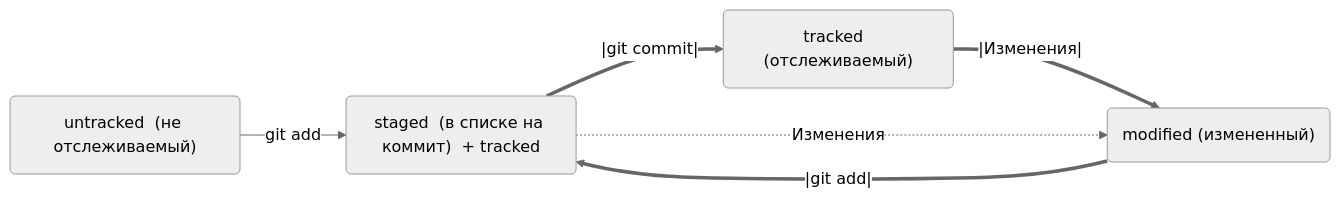
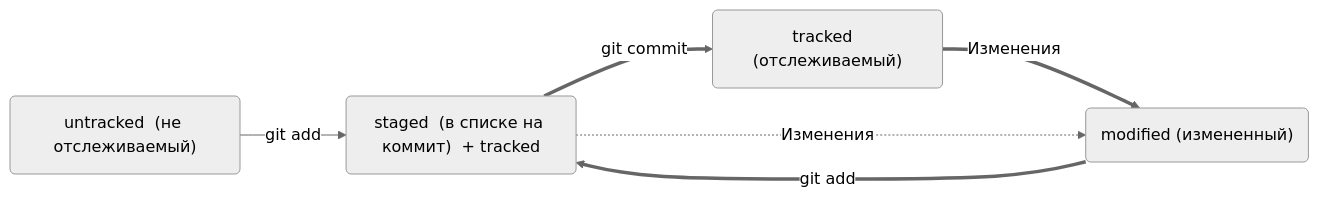
The diagram in README.md (CollonelDain/GitHint), drawn with Mermaid (neutral theme) before and after one commit. The commit also changed other lines of this file, not shown here.

````diff
--- a/README.md
+++ b/README.md
@@ -107,14 +109,14 @@
 ```mermaid
   flowchart LR;
       node1("untracked  (не отслеживаемый)")
       node2("staged  (в списке на коммит)  + tracked")
       node3("modified  (измененный)")
       node4("tracked  (отслеживаемый)")
       
       node1 -->|git add| node2
-      node3 == |git add| ==> node2
-      node2 == |git commit| ==> node4
-      node4 == |Изменения| ==> node3
+      node3 == git add ==> node2
+      node2 == git commit ==> node4
+      node4 == Изменения ==> node3
       node2 -. Изменения .-> node3
       
 ```
````
